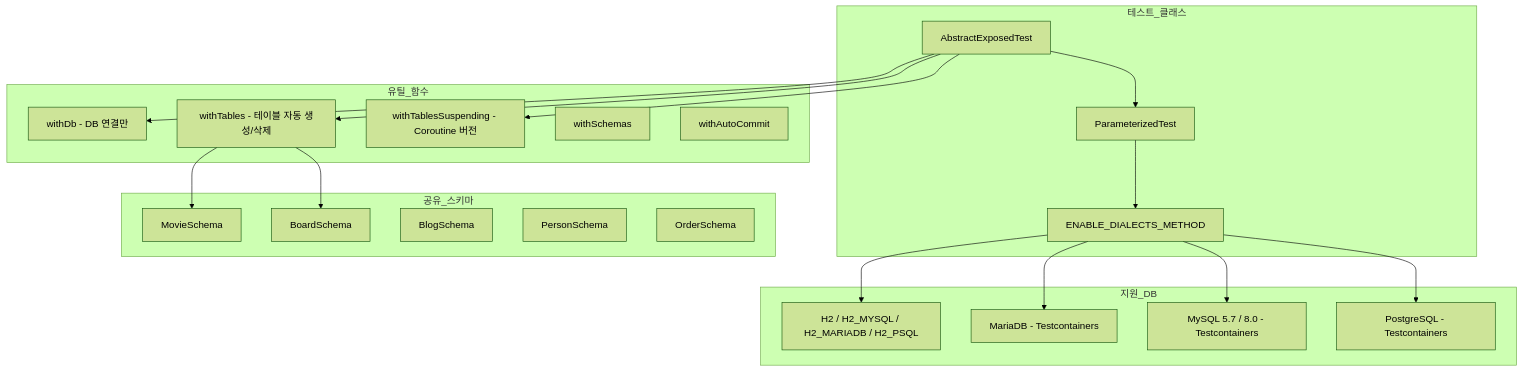
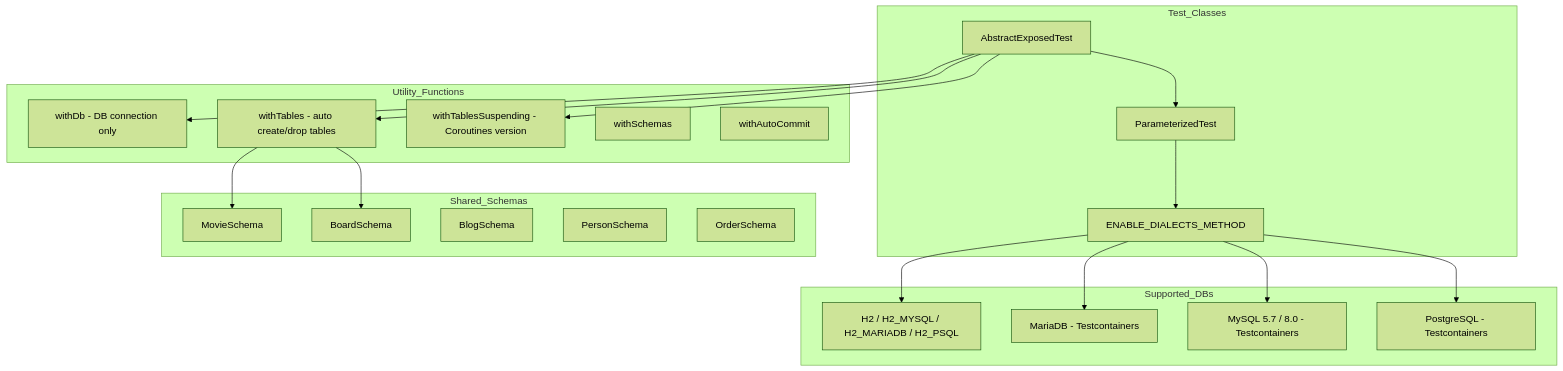
The first of 2 diagrams in data/exposed-jdbc-tests/README.md (bluetape4k/bluetape4k-projects), drawn with Mermaid (forest theme) before and after one commit. The commit also changed other lines of this file and 265 other files, not shown here.

````diff
--- a/data/exposed-jdbc-tests/README.md
+++ b/data/exposed-jdbc-tests/README.md
@@ -287,42 +289,42 @@
 ```mermaid
 flowchart TD
-    subgraph 테스트_클래스
+    subgraph Test_Classes
         A[AbstractExposedTest] --> B[ParameterizedTest]
         B --> C[ENABLE_DIALECTS_METHOD]
     end
 
-    subgraph 지원_DB
+    subgraph Supported_DBs
         D[H2 / H2_MYSQL / H2_MARIADB / H2_PSQL]
         E[MariaDB - Testcontainers]
         F[MySQL 5.7 / 8.0 - Testcontainers]
         G[PostgreSQL - Testcontainers]
     end
 
-    subgraph 유틸_함수
-        H[withDb - DB 연결만]
-        I[withTables - 테이블 자동 생성/삭제]
-        J[withTablesSuspending - Coroutine 버전]
+    subgraph Utility_Functions
+        H[withDb - DB connection only]
+        I[withTables - auto create/drop tables]
+        J[withTablesSuspending - Coroutines version]
         K[withSchemas]
         L[withAutoCommit]
     end
 
     C --> D
     C --> E
     C --> F
     C --> G
 
     A --> H
     A --> I
     A --> J
 
-    subgraph 공유_스키마
+    subgraph Shared_Schemas
         M[MovieSchema]
         N[BoardSchema]
         O[BlogSchema]
         P[PersonSchema]
         Q[OrderSchema]
     end
 
     I --> M
     I --> N
 ```
````
